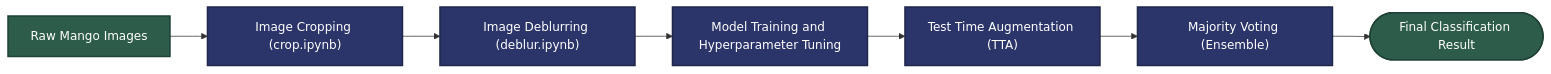
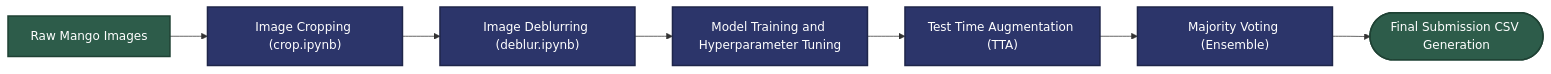
One commit to schaof/AI-Cup-2020-Mango-Image-Classification changed the diagram in README.md. Above: the diagram before and after it, drawn with Mermaid.

````diff
--- a/README.md
+++ b/README.md
@@ -5,17 +5,17 @@
 ```mermaid
 graph LR
     A["Raw Mango Images"] --> B["Image Cropping (crop.ipynb)"]
     B --> C["Image Deblurring (deblur.ipynb)"]
     C --> D["Model Training and Hyperparameter Tuning"]
     D --> E["Test Time Augmentation (TTA)"]
     E --> F["Majority Voting (Ensemble)"]  
-    F --> G(["Final Classification Result"])
+    F --> G(["Final Submission CSV Generation"])
 
     %% 視覺設定：定義企業級深色主題
     classDef premiumBlue fill:#2C356A,stroke:#1F264A,stroke-width:2px,color:#ffffff
     classDef premiumGreen fill:#2D5C4A,stroke:#1F4234,stroke-width:2px,color:#ffffff
 
     %% 套用配色
     class B,C,D,E,F premiumBlue
     class A,G premiumGreen
 ```
````
